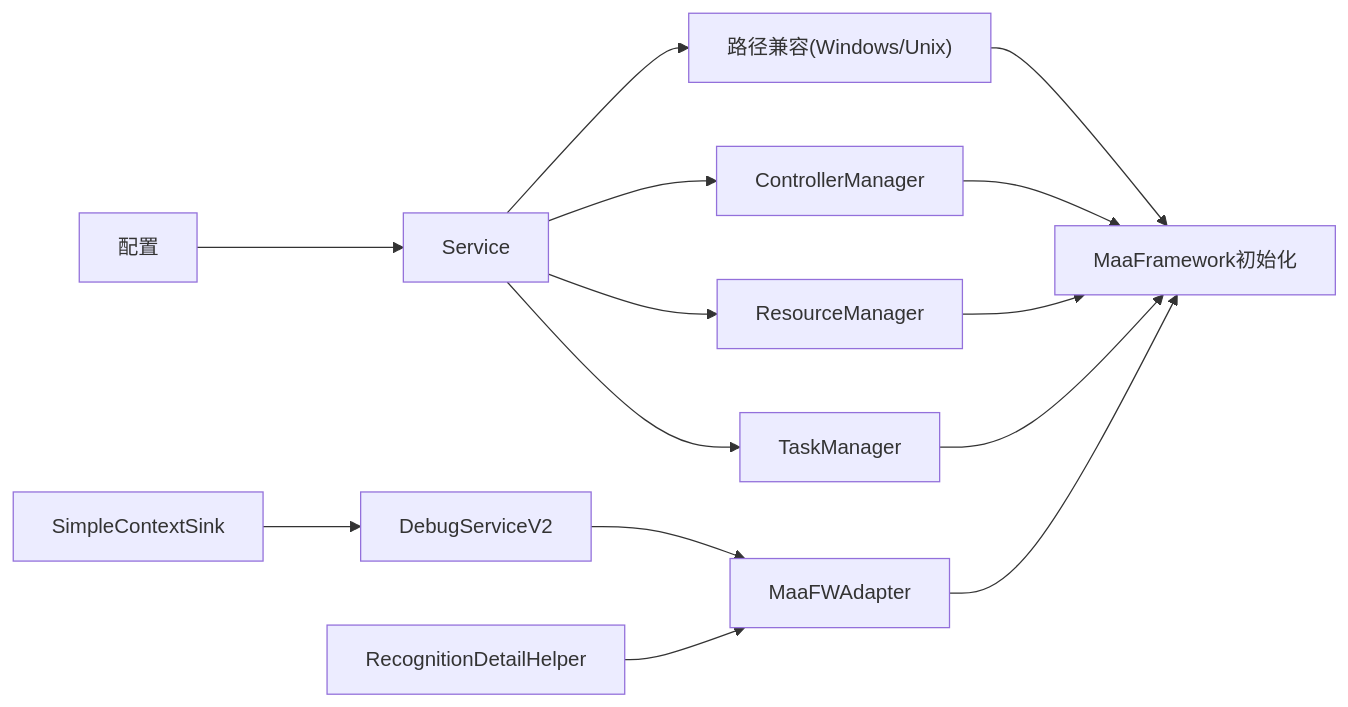
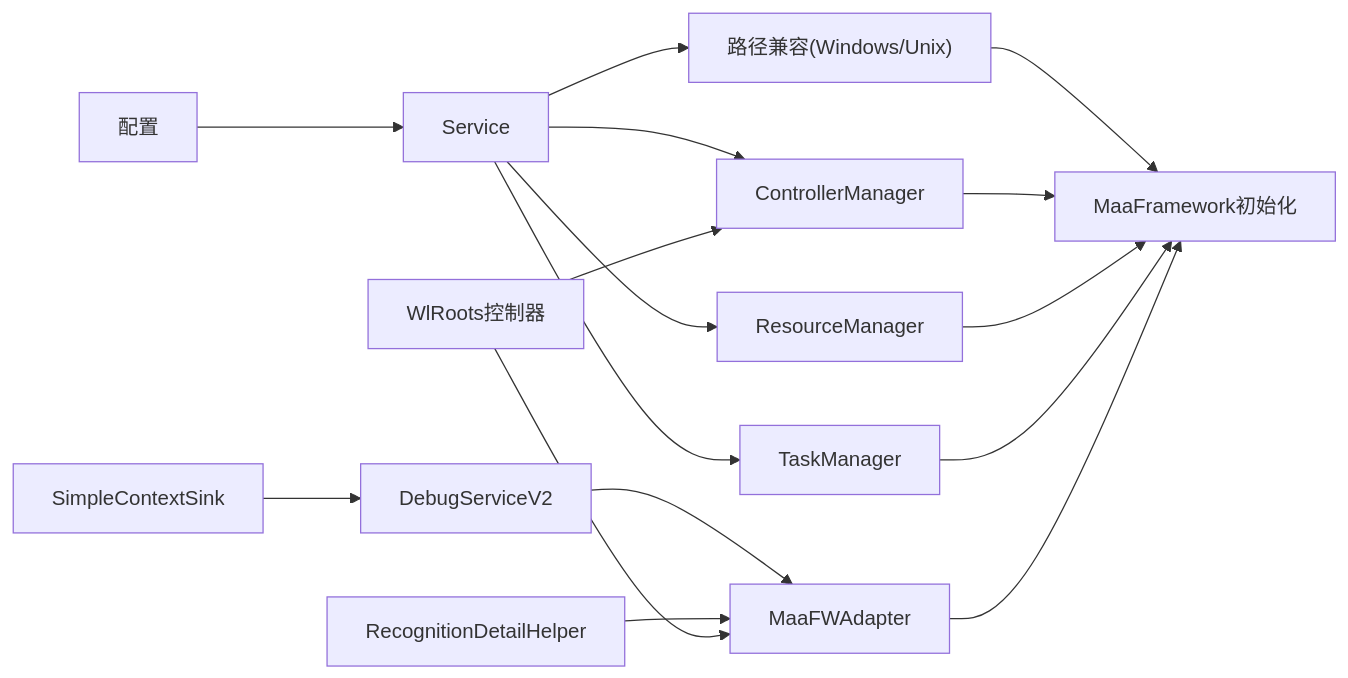
Before and after one commit to kqcoxn/MaaPipelineEditor: the seventh of 7 diagrams in .qoder/repowiki/zh/content/本地服务集成/MaaFramework集成.md, drawn with Mermaid. The commit also changed other lines of this file and 17 other files, not shown here.

````diff
--- a/.qoder/repowiki/zh/content/本地服务集成/MaaFramework集成.md
+++ b/.qoder/repowiki/zh/content/本地服务集成/MaaFramework集成.md
@@ -357,16 +400,18 @@
 ```mermaid
 graph LR
 CFG["配置"] --> SVC["Service"]
 SVC --> PATH["路径兼容(Windows/Unix)"]
 PATH --> FW["MaaFramework初始化"]
 SVC --> CM["ControllerManager"]
 SVC --> RM["ResourceManager"]
 SVC --> TM["TaskManager"]
 CM --> FW
 RM --> FW
 TM --> FW
 ADP["MaaFWAdapter"] --> FW
 DS["DebugServiceV2"] --> ADP
 SINK["SimpleContextSink"] --> DS
 RDH["RecognitionDetailHelper"] --> ADP
+WLROOTS["WlRoots控制器"] --> CM
+WLROOTS --> ADP
 ```
````
